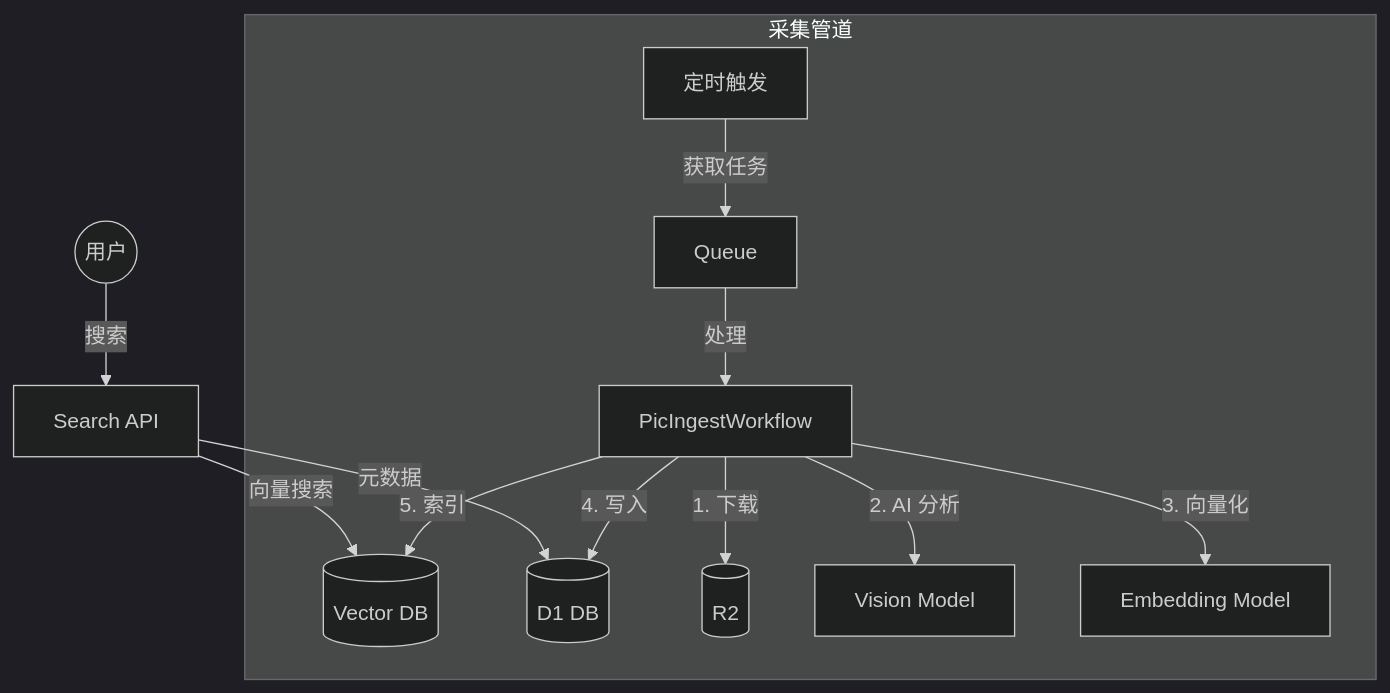
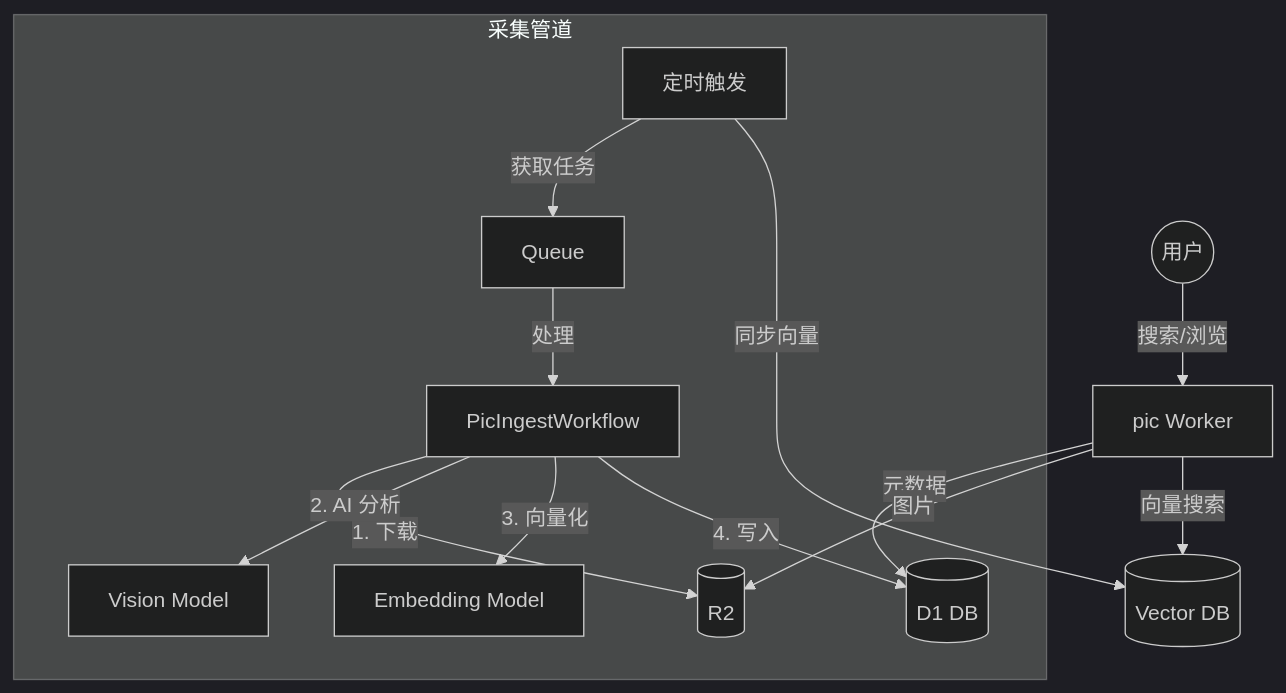
The diagram in docs/architecture/DESIGN.md (7893/lens), drawn with Mermaid (dark theme) before and after one commit. The commit also changed other lines of this file and 7 other files, not shown here.

Commit message:
docs: update for single Worker architecture

````diff
--- a/docs/architecture/DESIGN.md
+++ b/docs/architecture/DESIGN.md
@@ -7,16 +7,18 @@
 ```mermaid
 graph TD
-    User((用户)) -->|搜索| API[Search API]
-    API -->|向量搜索| Vectorize[(Vector DB)]
-    API -->|元数据| D1[(D1 DB)]
+    User((用户)) -->|搜索/浏览| Worker[pic Worker]
+    Worker -->|向量搜索| Vectorize[(Vector DB)]
+    Worker -->|元数据| D1[(D1 DB)]
+    Worker -->|图片| R2[(R2)]
     
     subgraph 采集管道
         Cron[定时触发] -->|获取任务| Queue[Queue]
         Queue -->|处理| Workflow[PicIngestWorkflow]
-        Workflow -->|1. 下载| R2[(R2)]
+        Workflow -->|1. 下载| R2
         Workflow -->|2. AI 分析| AI_Vision[Vision Model]
         Workflow -->|3. 向量化| AI_Embed[Embedding Model]
         Workflow -->|4. 写入| D1
-        Workflow -->|5. 索引| Vectorize
     end
+    
+    Cron -->|同步向量| Vectorize
 ```
````
